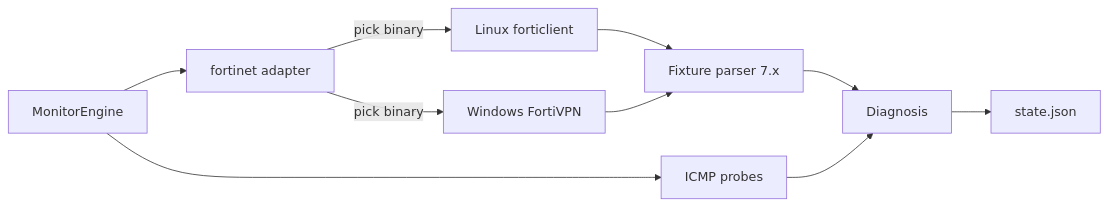
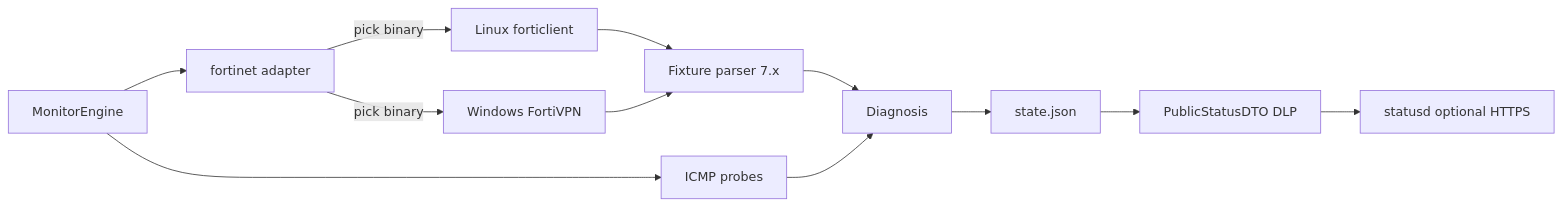
Before and after one commit to roto31/Tunnel-Monitor---Universal: the fourth of 4 diagrams in docs/vpn-solutions/fortinet-forticlient.md, drawn with Mermaid. The commit also changed 63 other files, not shown here.

First line of the commit message:
Add SECURITY.md and optional uvpn-statusd portal (v1.1).

````diff
--- a/docs/vpn-solutions/fortinet-forticlient.md
+++ b/docs/vpn-solutions/fortinet-forticlient.md
@@ -69,12 +69,14 @@
 ```mermaid
 flowchart LR
     E[MonitorEngine] --> A[fortinet adapter]
     A -->|pick binary| L[Linux forticlient]
     A -->|pick binary| W[Windows FortiVPN]
     L --> PARSE[Fixture parser 7.x]
     W --> PARSE
     E --> P[ICMP probes]
     PARSE --> D[Diagnosis]
     P --> D
     D --> ST[state.json]
+    ST --> RED[PublicStatusDTO DLP]
+    RED --> SD[statusd optional HTTPS]
 ```
````
